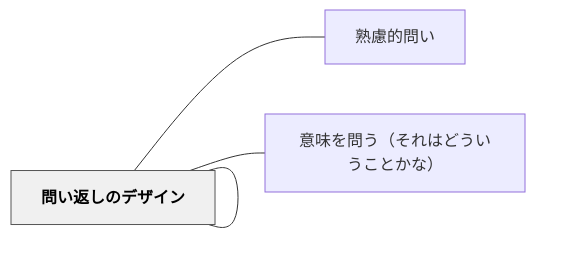
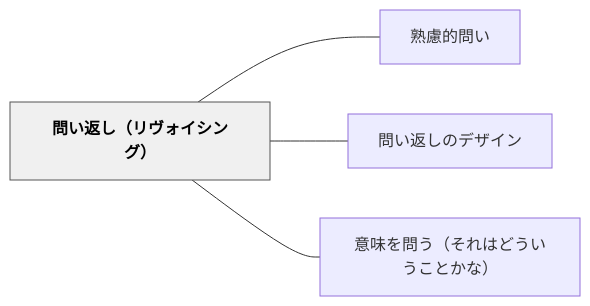
Before and after one commit to unknownthings-ed-patterns/unknownthings-ed-patterns: the diagram in content/パタン/問い返し（リヴォイシング）.md, drawn with Mermaid. The commit also changed 527 other files, not shown here.

````diff
--- a/content/パタン/問い返し（リヴォイシング）.md
+++ b/content/パタン/問い返し（リヴォイシング）.md
@@ -40,14 +40,14 @@
 ```mermaid
 flowchart LR
-    ne5958fe38184["問い返し（リヴォイシング）"]
-    ne7869fe685ae["熟慮的問い"]
-    ne5958fe38184["問い返しのデザイン"]
-    ne6848fe591b3["意味を問う（それはどういうことかな）"]
+    ne5958fe38184e8bf94e38197efbc88e383aae383b4e382a9e382a4e382b7e383b3e382b0efbc89["問い返し（リヴォイシング）"]
+    ne7869fe685aee79a84e5958fe38184["熟慮的問い"]
+    ne5958fe38184e8bf94e38197e381aee38387e382b6e382a4e383b3["問い返しのデザイン"]
+    ne6848fe591b3e38292e5958fe38186efbc88e3819de3828ce381afe381a9e38186e38184e38186e38193e381a8e3818be381aaefbc89["意味を問う（それはどういうことかな）"]
 
-    ne5958fe38184 --- ne7869fe685ae
-    ne5958fe38184 --- ne5958fe38184
-    ne5958fe38184 --- ne6848fe591b3
+    ne5958fe38184e8bf94e38197efbc88e383aae383b4e382a9e382a4e382b7e383b3e382b0efbc89 --- ne7869fe685aee79a84e5958fe38184
+    ne5958fe38184e8bf94e38197efbc88e383aae383b4e382a9e382a4e382b7e383b3e382b0efbc89 --- ne5958fe38184e8bf94e38197e381aee38387e382b6e382a4e383b3
+    ne5958fe38184e8bf94e38197efbc88e383aae383b4e382a9e382a4e382b7e383b3e382b0efbc89 --- ne6848fe591b3e38292e5958fe38186efbc88e3819de3828ce381afe381a9e38186e38184e38186e38193e381a8e3818be381aaefbc89
 
     classDef hub fill:#f0f0f0,stroke:#555,color:#000,font-weight:bold
-    class ne5958fe38184 hub
+    class ne5958fe38184e8bf94e38197efbc88e383aae383b4e382a9e382a4e382b7e383b3e382b0efbc89 hub
 ```
````
